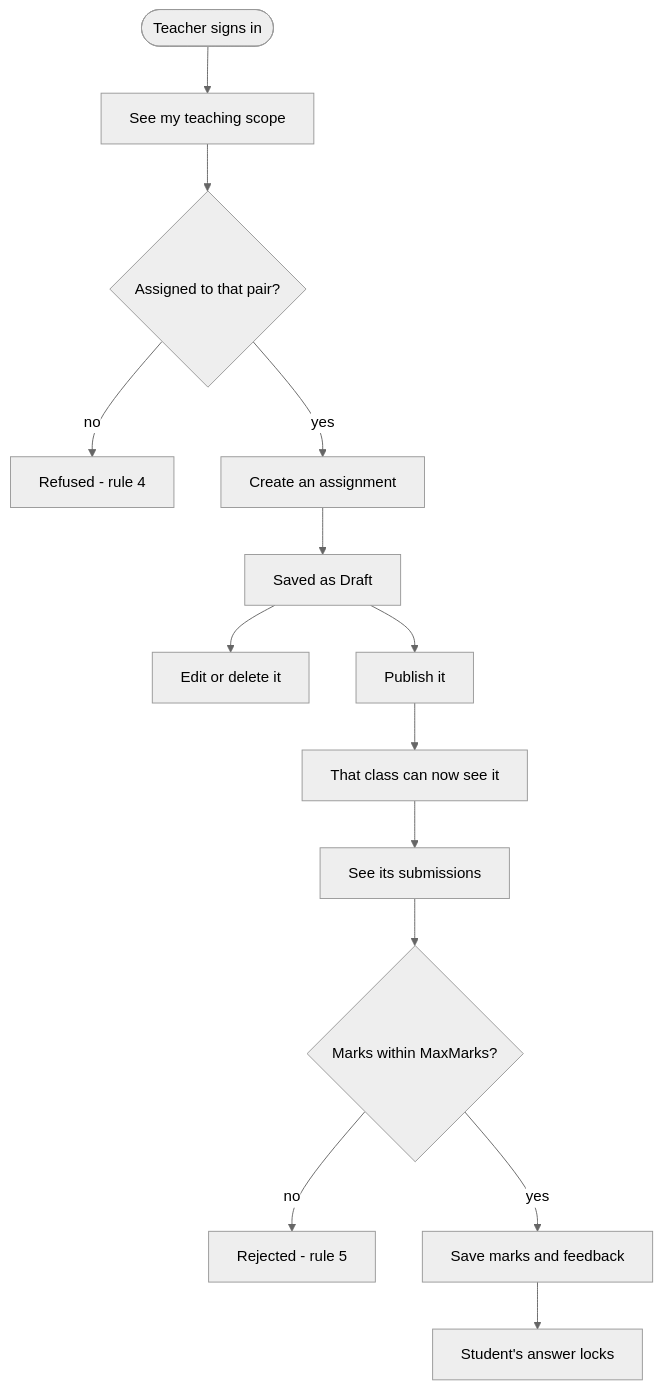
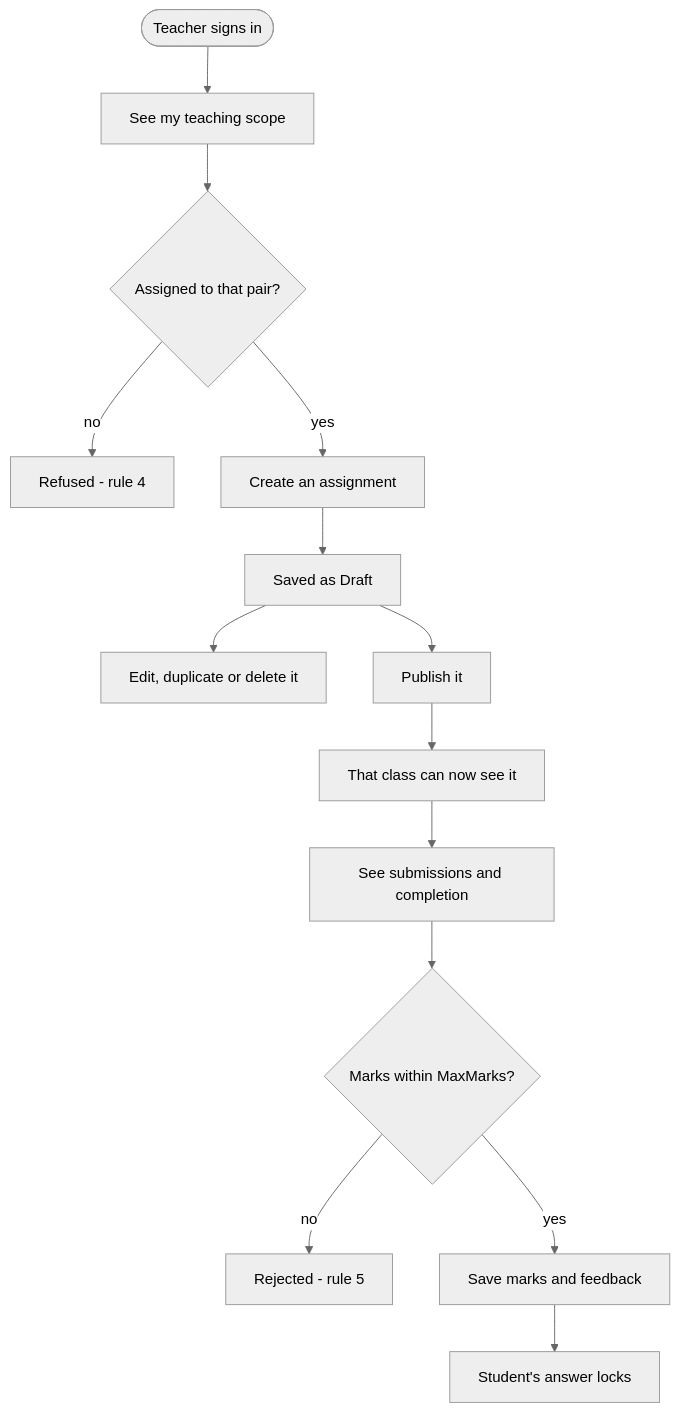
Before and after one commit to kaizen2112/Assignment-Submission-System: the second of 7 diagrams in README.md, drawn with Mermaid (neutral theme). The commit also changed other lines of this file and 2 other files, not shown here.

````diff
--- a/README.md
+++ b/README.md
@@ -131,16 +331,16 @@
 ```mermaid
 flowchart TD
     A(["Teacher signs in"]) --> B["See my teaching scope"]
     B --> C{"Assigned to that pair?"}
     C -->|no| D["Refused - rule 4"]
     C -->|yes| E["Create an assignment"]
     E --> F["Saved as Draft"]
-    F --> G["Edit or delete it"]
+    F --> G["Edit, duplicate or delete it"]
     F --> H["Publish it"]
     H --> I["That class can now see it"]
-    I --> J["See its submissions"]
+    I --> J["See submissions and completion"]
     J --> K{"Marks within MaxMarks?"}
     K -->|no| L["Rejected - rule 5"]
     K -->|yes| M["Save marks and feedback"]
     M --> N["Student's answer locks"]
 ```
````
